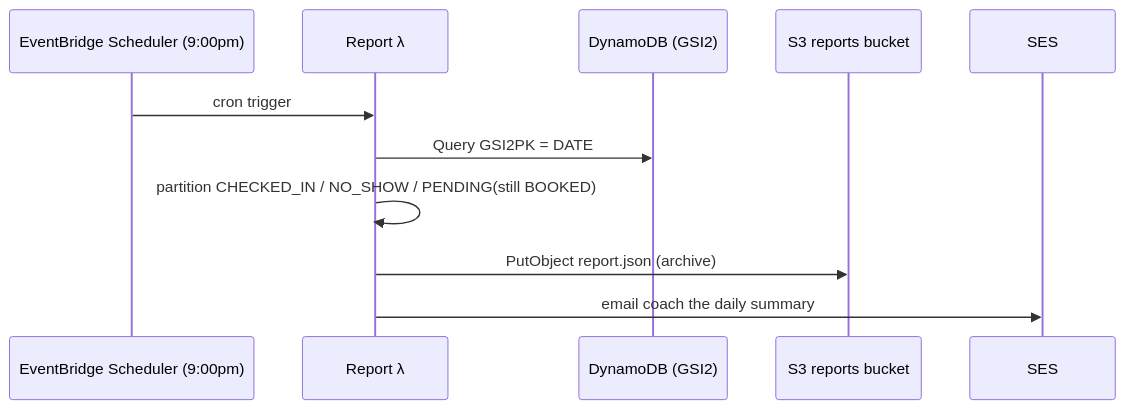
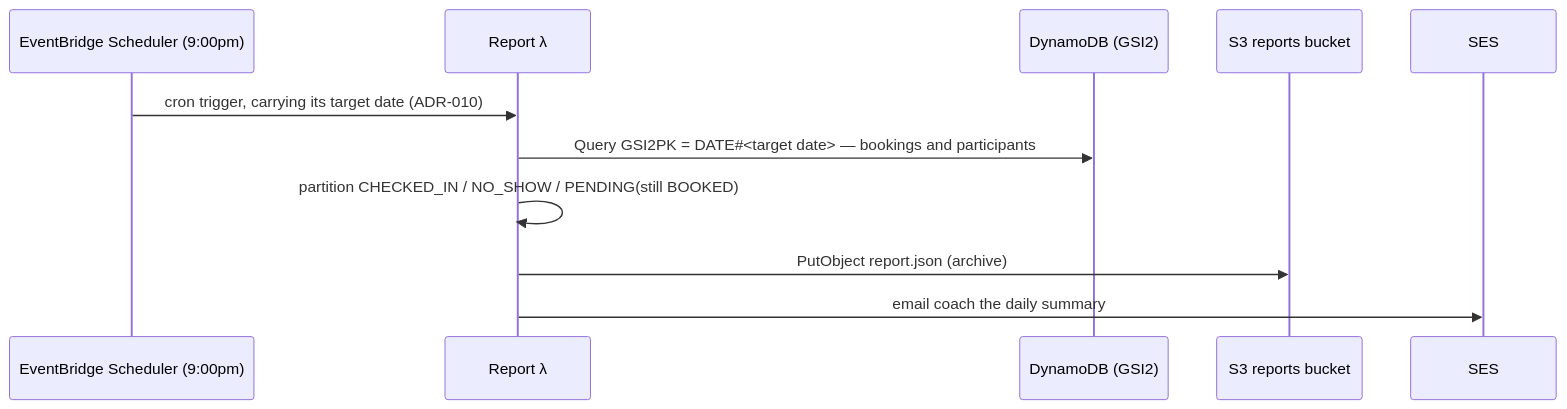
Before and after one commit to jessicamvega6/bladebook: the eighth of 18 diagrams in docs/architecture.md, drawn with Mermaid. The commit also changed other lines of this file and 1 other file, not shown here.

Commit message:
updates to diagrams

````diff
--- a/docs/architecture.md
+++ b/docs/architecture.md
@@ -672,13 +758,13 @@
 ```mermaid
 sequenceDiagram
     participant Sch as EventBridge Scheduler (9:00pm)
     participant Rep as Report λ
     participant DB as DynamoDB (GSI2)
     participant S3 as S3 reports bucket
     participant SES as SES
-    Sch->>Rep: cron trigger
-    Rep->>DB: Query GSI2PK = DATE#today
+    Sch->>Rep: cron trigger, carrying its target date (ADR-010)
+    Rep->>DB: Query GSI2PK = DATE#35;<target date> — bookings and participants
     Rep->>Rep: partition CHECKED_IN / NO_SHOW / PENDING(still BOOKED)
     Rep->>S3: PutObject report.json (archive)
     Rep->>SES: email coach the daily summary
 ```
````
